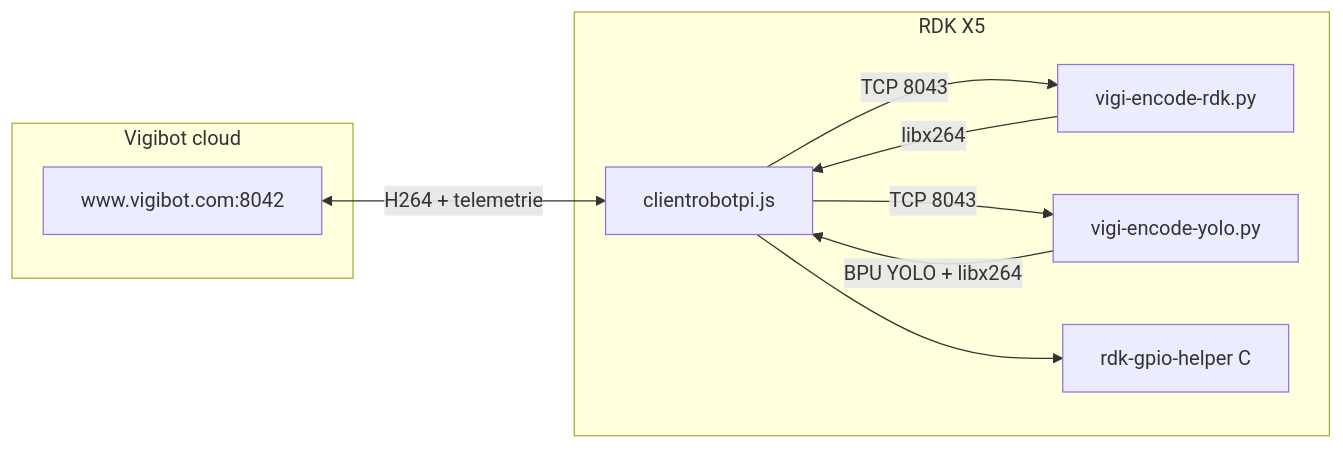
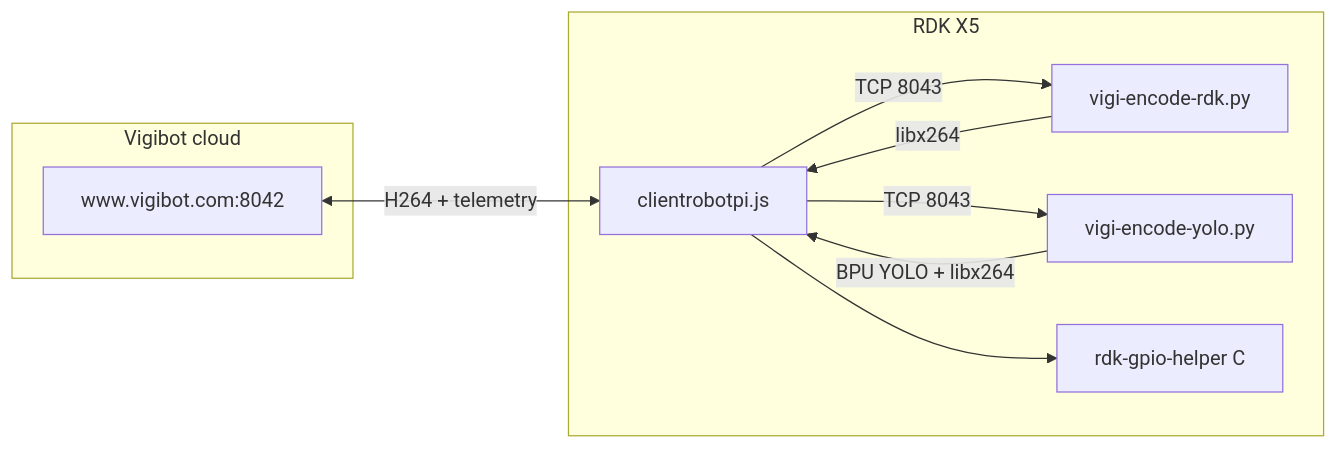
Before and after one commit to XimunMendiburu-git/vigibot-rdk-x5: the diagram in README.md, drawn with Mermaid. The commit also changed other lines of this file and 8 other files, not shown here.

````diff
--- a/README.md
+++ b/README.md
@@ -23,18 +23,18 @@
 ```mermaid
 flowchart LR
   subgraph vigibot [Vigibot cloud]
     Server["www.vigibot.com:8042"]
   end
   subgraph rdk [RDK X5]
     Node[clientrobotpi.js]
     Enc0[vigi-encode-rdk.py]
     Enc1[vigi-encode-yolo.py]
     GpioBridge[rdk-gpio-helper C]
     Node -->|"TCP 8043"| Enc0
     Node -->|"TCP 8043"| Enc1
     Node --> GpioBridge
   end
-  Server <-->|"H264 + telemetrie"| Node
+  Server <-->|"H264 + telemetry"| Node
   Enc0 -->|libx264| Node
   Enc1 -->|"BPU YOLO + libx264"| Node
 ```
````
